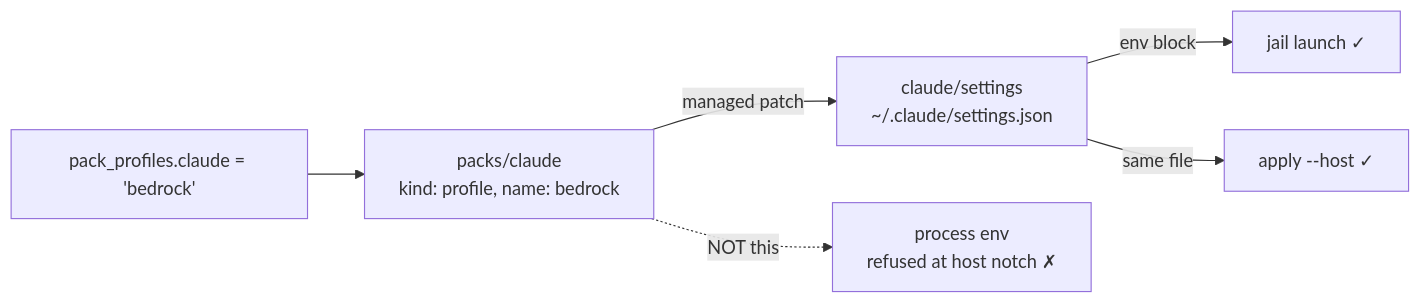
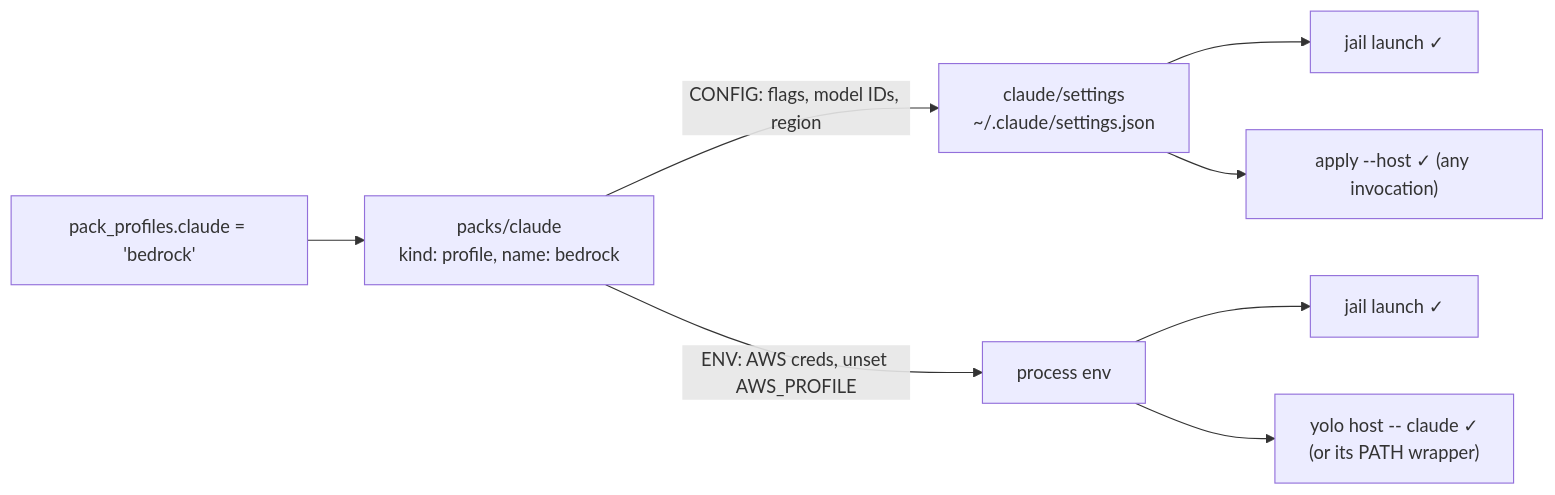
Before and after one commit to mschulkind-oss/yolo-jail: the diagram in docs/design/profiles-as-pack-variants.md, drawn with Mermaid. The commit also changed other lines of this file and 1 other file, not shown here.

````diff
--- a/docs/design/profiles-as-pack-variants.md
+++ b/docs/design/profiles-as-pack-variants.md
@@ -372,8 +388,10 @@
 ```mermaid
 flowchart LR
     SEL["pack_profiles.claude = 'bedrock'"] --> PROF["packs/claude<br/>kind: profile, name: bedrock"]
-    PROF -->|"managed patch"| SURF["claude/settings<br/>~/.claude/settings.json"]
-    SURF -->|"env block"| JAIL["jail launch ✓"]
-    SURF -->|"same file"| HOST["apply --host ✓"]
-    PROF -.->|"NOT this"| ENVCH["process env<br/>refused at host notch ✗"]
+    PROF -->|"CONFIG: flags, model IDs, region"| SURF["claude/settings<br/>~/.claude/settings.json"]
+    SURF --> JAIL["jail launch ✓"]
+    SURF --> HOST["apply --host ✓ (any invocation)"]
+    PROF -->|"ENV: AWS creds, unset AWS_PROFILE"| ENVCH["process env"]
+    ENVCH --> JAIL2["jail launch ✓"]
+    ENVCH --> HOST2["yolo host -- claude ✓<br/>(or its PATH wrapper)"]
 ```
````
